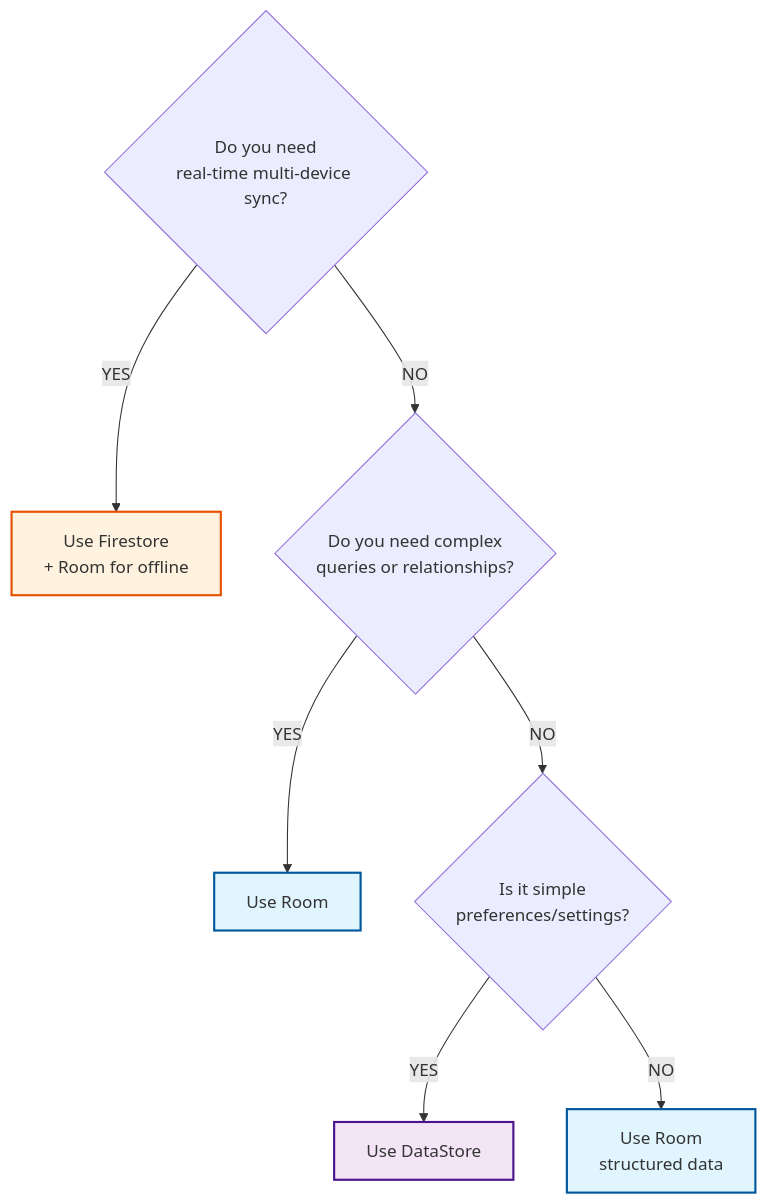
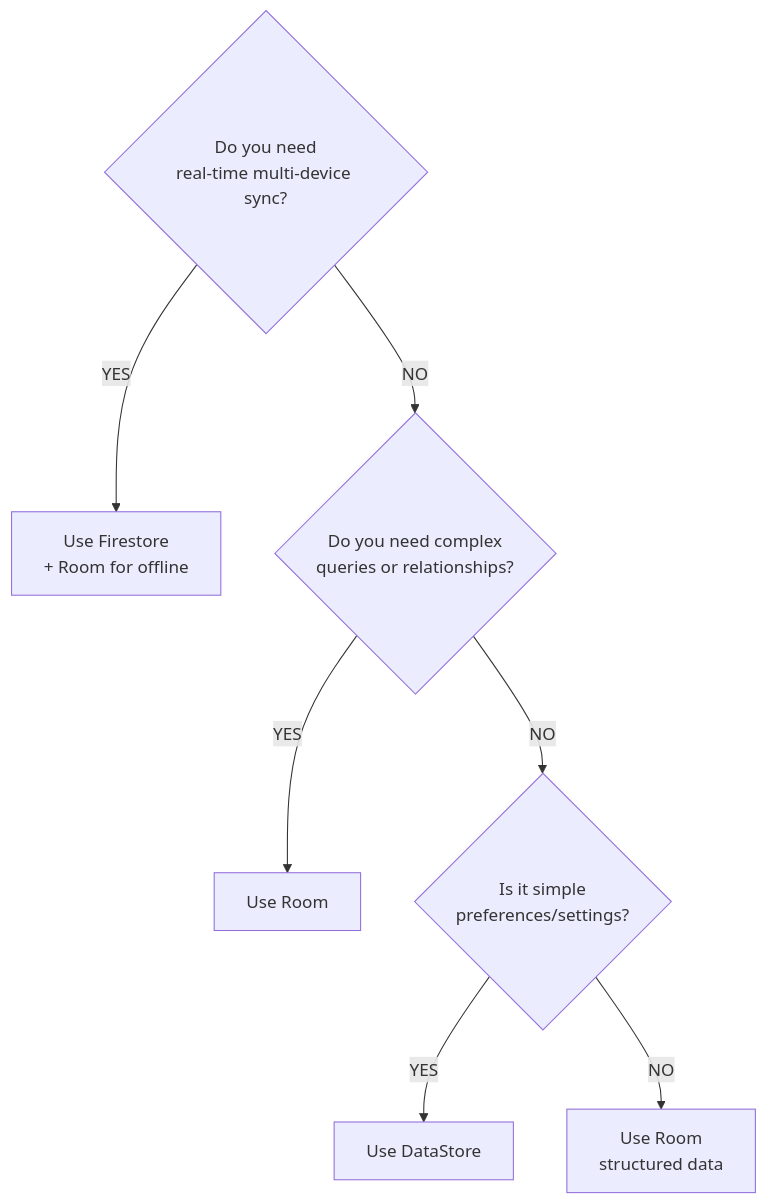
Before and after one commit to atick-faisal/Jetpack-Android-Starter: the second of 3 diagrams in docs/faq.md, drawn with Mermaid. The commit also changed other lines of this file and 31 other files, not shown here.

````diff
--- a/docs/faq.md
+++ b/docs/faq.md
@@ -496,14 +494,10 @@
 ```mermaid
 graph TD
     Start{Do you need<br/>real-time multi-device sync?}
     Start -->|YES| Firestore[Use Firestore<br/>+ Room for offline]
     Start -->|NO| Complex{Do you need complex<br/>queries or relationships?}
     Complex -->|YES| Room1[Use Room]
     Complex -->|NO| Preferences{Is it simple<br/>preferences/settings?}
     Preferences -->|YES| DataStore[Use DataStore]
     Preferences -->|NO| Room2[Use Room<br/>structured data]
-    style Firestore fill: #fff3e0, stroke: #e65100, stroke-width: 2px
-    style Room1 fill: #e1f5ff, stroke: #01579b, stroke-width: 2px
-    style Room2 fill: #e1f5ff, stroke: #01579b, stroke-width: 2px
-    style DataStore fill: #f3e5f5, stroke: #4a148c, stroke-width: 2px
 ```
````
